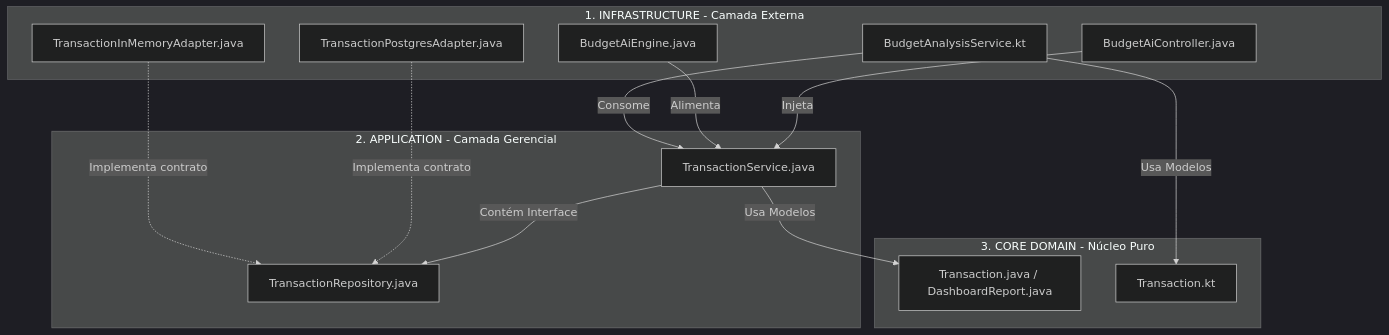
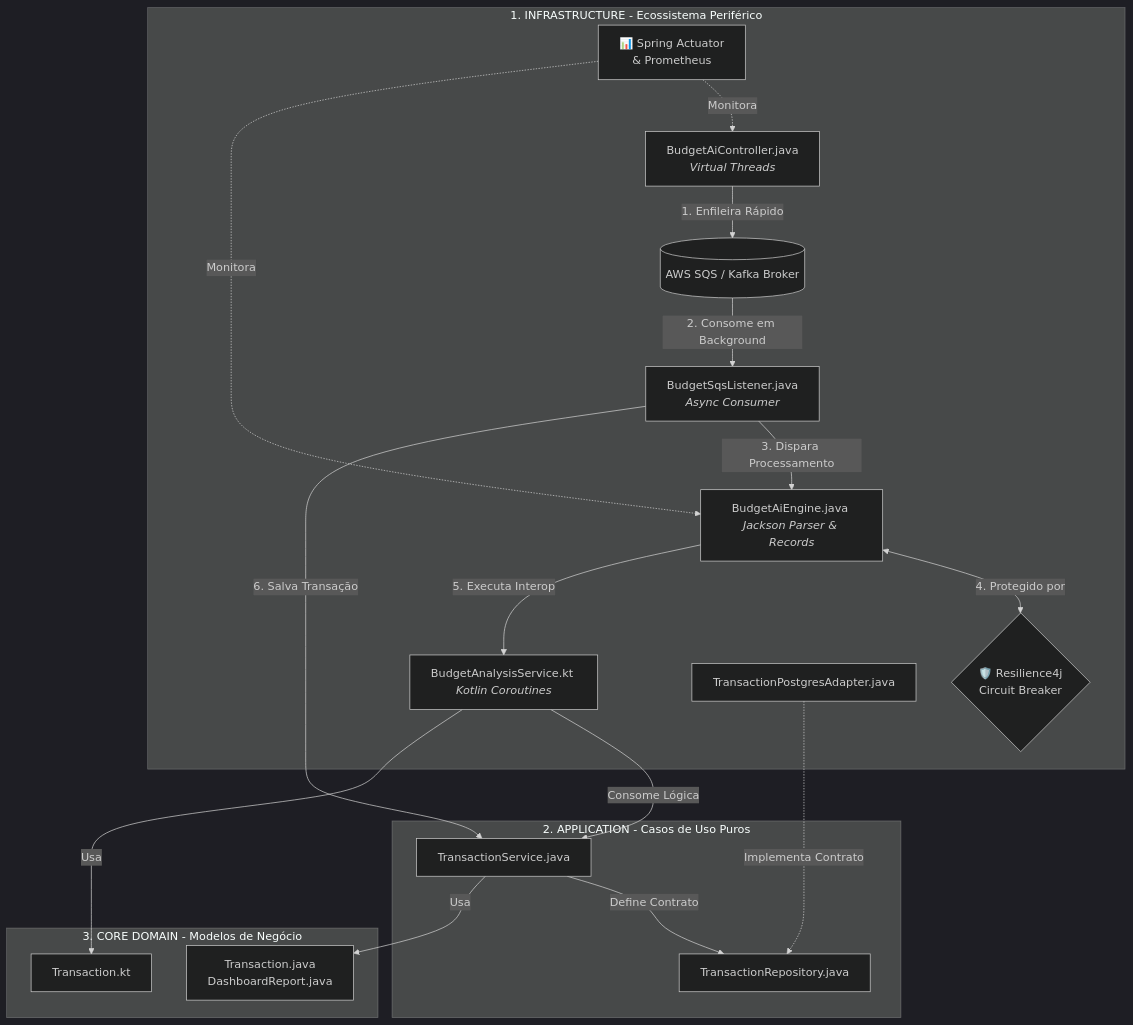
One commit to fabiuniz/budget-ai-api changed the second of 2 diagrams in README.md. Above: the diagram before and after it, drawn with Mermaid (dark theme). The commit also changed other lines of this file and 13 other files, not shown here.

First line of the commit message:
refactor: evoluir pipeline de áudio com Kafka, Circuit Breaker e Polling Reativo

````diff
--- a/README.md
+++ b/README.md
@@ -367,34 +408,48 @@
 ```mermaid
 
 graph TB
-    subgraph  1. INFRASTRUCTURE [1. INFRASTRUCTURE - Camada Externa]
-        Controller[BudgetAiController.java]
-        Engine[BudgetAiEngine.java]
-        KotlinService[BudgetAnalysisService.kt]
-        InMemory[TransactionInMemoryAdapter.java]
+    subgraph 1. INFRASTRUCTURE [1. INFRASTRUCTURE - Ecossistema Periférico]
+        Controller[BudgetAiController.java <br><i>Virtual Threads</i>]
+        SQS[(AWS SQS / Kafka Broker)]
+        Listener[BudgetSqsListener.java <br><i>Async Consumer</i>]
+        Engine[BudgetAiEngine.java <br><i>Jackson Parser & Records</i>]
+        CB{🛡️ Resilience4j <br>Circuit Breaker}
+        Actuator[📊 Spring Actuator <br>& Prometheus]
+        KotlinService[BudgetAnalysisService.kt <br><i>Kotlin Coroutines</i>]
         Postgres[TransactionPostgresAdapter.java]
     end
 
-    subgraph  2. APPLICATION [2. APPLICATION - Camada Gerencial]
+    subgraph 2. APPLICATION [2. APPLICATION - Casos de Uso Puros]
         Service[TransactionService.java]
         RepoInterface[TransactionRepository.java]
     end
 
-    subgraph  3. CORE DOMAIN [3. CORE DOMAIN - Núcleo Puro]
-        JavaDomain[Transaction.java / DashboardReport.java]
+    subgraph 3. CORE DOMAIN [3. CORE DOMAIN - Modelos de Negócio]
+        JavaDomain[Transaction.java <br> DashboardReport.java]
         KotlinDomain[Transaction.kt]
     end
 
-    %% Fluxos de dependência e injeção
-    Controller -->|Injeta| Service
-    Engine -->|Alimenta| Service
-    KotlinService -->|Consome| Service
+    %% Fluxo de Entrada Reativo
+    Controller -->|1. Enfileira Rápido| SQS
+    SQS -->|2. Consome em Background| Listener
+    Listener -->|3. Dispara Processamento| Engine
+    Engine <-->|4. Protegido por| CB
+    Engine -->|5. Executa Interop| KotlinService
     
-    Service -->|Contém Interface| RepoInterface
-    Postgres -.->|Implementa contrato| RepoInterface
-    InMemory -.->|Implementa contrato| RepoInterface
+    %% Pontes com o Core (Hexagonal)
+    Listener -->|6. Salva Transação| Service
+    KotlinService -->|Consome Lógica| Service
     
-    Service -->|Usa Modelos| JavaDomain
-    KotlinService -->|Usa Modelos| KotlinDomain
+    %% Inversão de Controle e Persistência
+    Service -->|Define Contrato| RepoInterface
+    Postgres -.->|Implementa Contrato| RepoInterface
+    
+    %% Amarração com o Domínio
+    Service -->|Usa| JavaDomain
+    KotlinService -->|Usa| KotlinDomain
+    
+    %% Observabilidade Transversal
+    Actuator -.->|Monitora| Controller
+    Actuator -.->|Monitora| Engine
 
 ```
````
